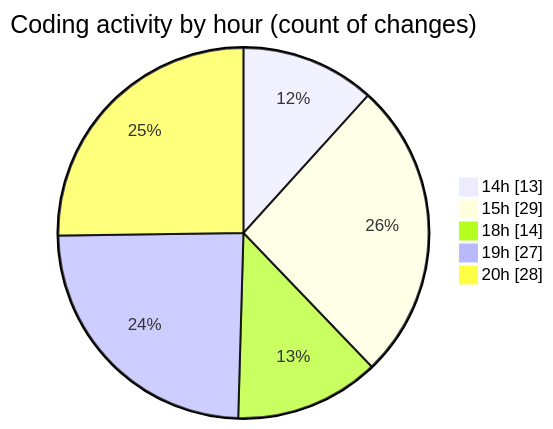
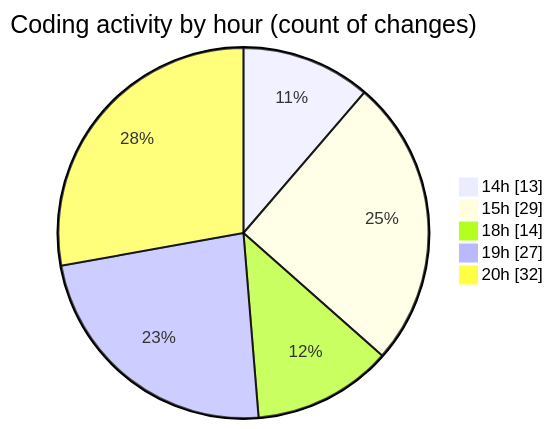
The second of 2 diagrams in 2025-06-23/scopecraft/README.md (Ritupan-Deka/code-tracking), drawn with Mermaid before and after one commit. The commit also changed other lines of this file and 1 other file, not shown here.

````diff
--- a/2025-06-23/scopecraft/README.md
+++ b/2025-06-23/scopecraft/README.md
@@ -49,9 +51,9 @@
 ```mermaid
 pie showData
 title Coding activity by hour (count of changes)
 "14h" : 13
 "15h" : 29
 "18h" : 14
 "19h" : 27
-"20h" : 28
+"20h" : 32
 ```
````
